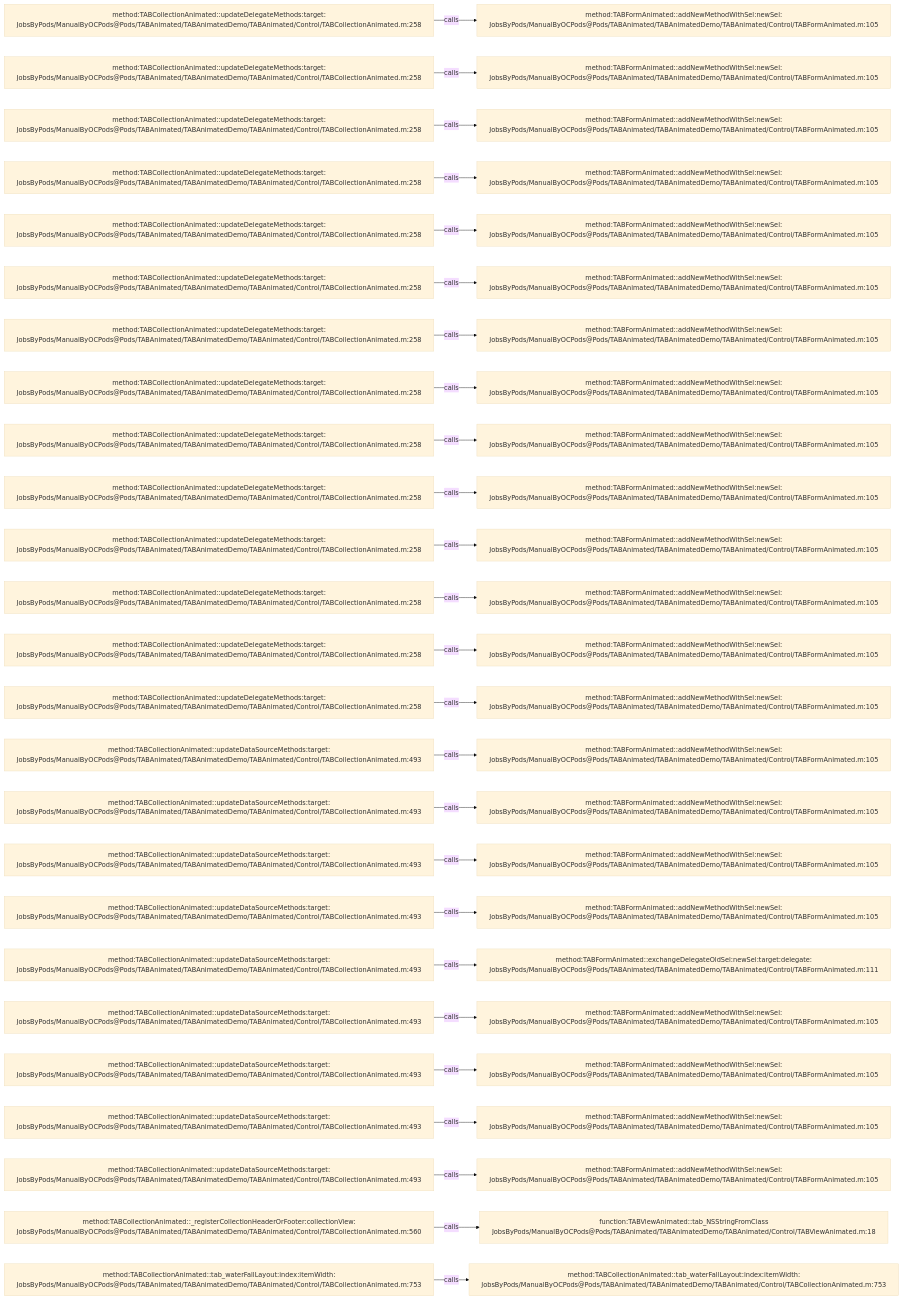
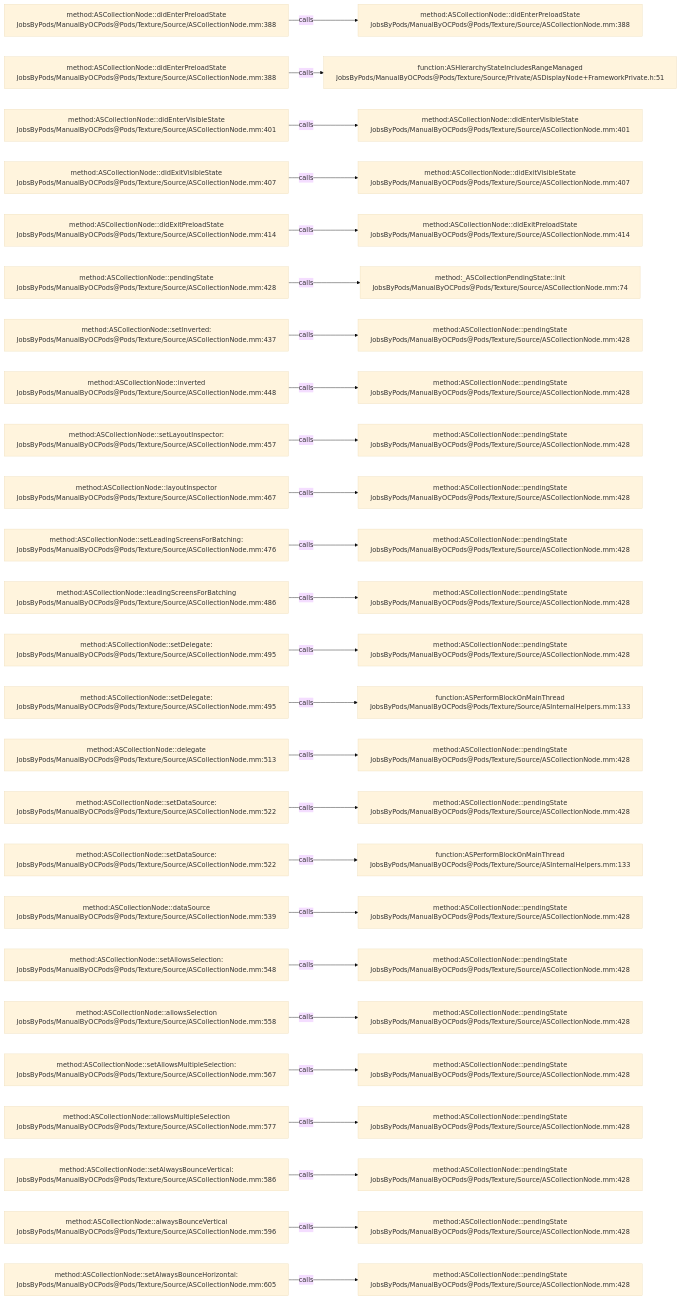
Before and after one commit to JobsKits/JobsOCBaseConfigDemo: the diagram in .codegraph/codegraph.md/graphs/calls-186.md, drawn with Mermaid (base theme). The commit also changed 573 other files, not shown here.

````diff
--- a/.codegraph/codegraph.md/graphs/calls-186.md
+++ b/.codegraph/codegraph.md/graphs/calls-186.md
@@ -13,78 +13,78 @@
 ```mermaid
 flowchart LR
-  S1["method:TABCollectionAnimated::updateDelegateMethods:target:<br/>JobsByPods/ManualByOCPods@Pods/TABAnimated/TABAnimatedDemo/TABAnimated/Control/TABCollectionAnimated.m:258"]
-  T1["method:TABFormAnimated::addNewMethodWithSel:newSel:<br/>JobsByPods/ManualByOCPods@Pods/TABAnimated/TABAnimatedDemo/TABAnimated/Control/TABFormAnimated.m:105"]
+  S1["method:ASCollectionNode::didEnterPreloadState<br/>JobsByPods/ManualByOCPods@Pods/Texture/Source/ASCollectionNode.mm:388"]
+  T1["method:ASCollectionNode::didEnterPreloadState<br/>JobsByPods/ManualByOCPods@Pods/Texture/Source/ASCollectionNode.mm:388"]
   S1 -->|calls| T1
-  S2["method:TABCollectionAnimated::updateDelegateMethods:target:<br/>JobsByPods/ManualByOCPods@Pods/TABAnimated/TABAnimatedDemo/TABAnimated/Control/TABCollectionAnimated.m:258"]
-  T2["method:TABFormAnimated::addNewMethodWithSel:newSel:<br/>JobsByPods/ManualByOCPods@Pods/TABAnimated/TABAnimatedDemo/TABAnimated/Control/TABFormAnimated.m:105"]
+  S2["method:ASCollectionNode::didEnterPreloadState<br/>JobsByPods/ManualByOCPods@Pods/Texture/Source/ASCollectionNode.mm:388"]
+  T2["function:ASHierarchyStateIncludesRangeManaged<br/>JobsByPods/ManualByOCPods@Pods/Texture/Source/Private/ASDisplayNode+FrameworkPrivate.h:51"]
   S2 -->|calls| T2
-  S3["method:TABCollectionAnimated::updateDelegateMethods:target:<br/>JobsByPods/ManualByOCPods@Pods/TABAnimated/TABAnimatedDemo/TABAnimated/Control/TABCollectionAnimated.m:258"]
-  T3["method:TABFormAnimated::addNewMethodWithSel:newSel:<br/>JobsByPods/ManualByOCPods@Pods/TABAnimated/TABAnimatedDemo/TABAnimated/Control/TABFormAnimated.m:105"]
+  S3["method:ASCollectionNode::didEnterVisibleState<br/>JobsByPods/ManualByOCPods@Pods/Texture/Source/ASCollectionNode.mm:401"]
+  T3["method:ASCollectionNode::didEnterVisibleState<br/>JobsByPods/ManualByOCPods@Pods/Texture/Source/ASCollectionNode.mm:401"]
   S3 -->|calls| T3
-  S4["method:TABCollectionAnimated::updateDelegateMethods:target:<br/>JobsByPods/ManualByOCPods@Pods/TABAnimated/TABAnimatedDemo/TABAnimated/Control/TABCollectionAnimated.m:258"]
-  T4["method:TABFormAnimated::addNewMethodWithSel:newSel:<br/>JobsByPods/ManualByOCPods@Pods/TABAnimated/TABAnimatedDemo/TABAnimated/Control/TABFormAnimated.m:105"]
+  S4["method:ASCollectionNode::didExitVisibleState<br/>JobsByPods/ManualByOCPods@Pods/Texture/Source/ASCollectionNode.mm:407"]
+  T4["method:ASCollectionNode::didExitVisibleState<br/>JobsByPods/ManualByOCPods@Pods/Texture/Source/ASCollectionNode.mm:407"]
   S4 -->|calls| T4
-  S5["method:TABCollectionAnimated::updateDelegateMethods:target:<br/>JobsByPods/ManualByOCPods@Pods/TABAnimated/TABAnimatedDemo/TABAnimated/Control/TABCollectionAnimated.m:258"]
-  T5["method:TABFormAnimated::addNewMethodWithSel:newSel:<br/>JobsByPods/ManualByOCPods@Pods/TABAnimated/TABAnimatedDemo/TABAnimated/Control/TABFormAnimated.m:105"]
+  S5["method:ASCollectionNode::didExitPreloadState<br/>JobsByPods/ManualByOCPods@Pods/Texture/Source/ASCollectionNode.mm:414"]
+  T5["method:ASCollectionNode::didExitPreloadState<br/>JobsByPods/ManualByOCPods@Pods/Texture/Source/ASCollectionNode.mm:414"]
   S5 -->|calls| T5
-  S6["method:TABCollectionAnimated::updateDelegateMethods:target:<br/>JobsByPods/ManualByOCPods@Pods/TABAnimated/TABAnimatedDemo/TABAnimated/Control/TABCollectionAnimated.m:258"]
-  T6["method:TABFormAnimated::addNewMethodWithSel:newSel:<br/>JobsByPods/ManualByOCPods@Pods/TABAnimated/TABAnimatedDemo/TABAnimated/Control/TABFormAnimated.m:105"]
+  S6["method:ASCollectionNode::pendingState<br/>JobsByPods/ManualByOCPods@Pods/Texture/Source/ASCollectionNode.mm:428"]
+  T6["method:_ASCollectionPendingState::init<br/>JobsByPods/ManualByOCPods@Pods/Texture/Source/ASCollectionNode.mm:74"]
   S6 -->|calls| T6
-  S7["method:TABCollectionAnimated::updateDelegateMethods:target:<br/>JobsByPods/ManualByOCPods@Pods/TABAnimated/TABAnimatedDemo/TABAnimated/Control/TABCollectionAnimated.m:258"]
-  T7["method:TABFormAnimated::addNewMethodWithSel:newSel:<br/>JobsByPods/ManualByOCPods@Pods/TABAnimated/TABAnimatedDemo/TABAnimated/Control/TABFormAnimated.m:105"]
+  S7["method:ASCollectionNode::setInverted:<br/>JobsByPods/ManualByOCPods@Pods/Texture/Source/ASCollectionNode.mm:437"]
+  T7["method:ASCollectionNode::pendingState<br/>JobsByPods/ManualByOCPods@Pods/Texture/Source/ASCollectionNode.mm:428"]
   S7 -->|calls| T7
-  S8["method:TABCollectionAnimated::updateDelegateMethods:target:<br/>JobsByPods/ManualByOCPods@Pods/TABAnimated/TABAnimatedDemo/TABAnimated/Control/TABCollectionAnimated.m:258"]
-  T8["method:TABFormAnimated::addNewMethodWithSel:newSel:<br/>JobsByPods/ManualByOCPods@Pods/TABAnimated/TABAnimatedDemo/TABAnimated/Control/TABFormAnimated.m:105"]
+  S8["method:ASCollectionNode::inverted<br/>JobsByPods/ManualByOCPods@Pods/Texture/Source/ASCollectionNode.mm:448"]
+  T8["method:ASCollectionNode::pendingState<br/>JobsByPods/ManualByOCPods@Pods/Texture/Source/ASCollectionNode.mm:428"]
   S8 -->|calls| T8
-  S9["method:TABCollectionAnimated::updateDelegateMethods:target:<br/>JobsByPods/ManualByOCPods@Pods/TABAnimated/TABAnimatedDemo/TABAnimated/Control/TABCollectionAnimated.m:258"]
-  T9["method:TABFormAnimated::addNewMethodWithSel:newSel:<br/>JobsByPods/ManualByOCPods@Pods/TABAnimated/TABAnimatedDemo/TABAnimated/Control/TABFormAnimated.m:105"]
+  S9["method:ASCollectionNode::setLayoutInspector:<br/>JobsByPods/ManualByOCPods@Pods/Texture/Source/ASCollectionNode.mm:457"]
+  T9["method:ASCollectionNode::pendingState<br/>JobsByPods/ManualByOCPods@Pods/Texture/Source/ASCollectionNode.mm:428"]
   S9 -->|calls| T9
-  S10["method:TABCollectionAnimated::updateDelegateMethods:target:<br/>JobsByPods/ManualByOCPods@Pods/TABAnimated/TABAnimatedDemo/TABAnimated/Control/TABCollectionAnimated.m:258"]
-  T10["method:TABFormAnimated::addNewMethodWithSel:newSel:<br/>JobsByPods/ManualByOCPods@Pods/TABAnimated/TABAnimatedDemo/TABAnimated/Control/TABFormAnimated.m:105"]
+  S10["method:ASCollectionNode::layoutInspector<br/>JobsByPods/ManualByOCPods@Pods/Texture/Source/ASCollectionNode.mm:467"]
+  T10["method:ASCollectionNode::pendingState<br/>JobsByPods/ManualByOCPods@Pods/Texture/Source/ASCollectionNode.mm:428"]
   S10 -->|calls| T10
-  S11["method:TABCollectionAnimated::updateDelegateMethods:target:<br/>JobsByPods/ManualByOCPods@Pods/TABAnimated/TABAnimatedDemo/TABAnimated/Control/TABCollectionAnimated.m:258"]
-  T11["method:TABFormAnimated::addNewMethodWithSel:newSel:<br/>JobsByPods/ManualByOCPods@Pods/TABAnimated/TABAnimatedDemo/TABAnimated/Control/TABFormAnimated.m:105"]
+  S11["method:ASCollectionNode::setLeadingScreensForBatching:<br/>JobsByPods/ManualByOCPods@Pods/Texture/Source/ASCollectionNode.mm:476"]
+  T11["method:ASCollectionNode::pendingState<br/>JobsByPods/ManualByOCPods@Pods/Texture/Source/ASCollectionNode.mm:428"]
   S11 -->|calls| T11
-  S12["method:TABCollectionAnimated::updateDelegateMethods:target:<br/>JobsByPods/ManualByOCPods@Pods/TABAnimated/TABAnimatedDemo/TABAnimated/Control/TABCollectionAnimated.m:258"]
-  T12["method:TABFormAnimated::addNewMethodWithSel:newSel:<br/>JobsByPods/ManualByOCPods@Pods/TABAnimated/TABAnimatedDemo/TABAnimated/Control/TABFormAnimated.m:105"]
+  S12["method:ASCollectionNode::leadingScreensForBatching<br/>JobsByPods/ManualByOCPods@Pods/Texture/Source/ASCollectionNode.mm:486"]
+  T12["method:ASCollectionNode::pendingState<br/>JobsByPods/ManualByOCPods@Pods/Texture/Source/ASCollectionNode.mm:428"]
   S12 -->|calls| T12
-  S13["method:TABCollectionAnimated::updateDelegateMethods:target:<br/>JobsByPods/ManualByOCPods@Pods/TABAnimated/TABAnimatedDemo/TABAnimated/Control/TABCollectionAnimated.m:258"]
-  T13["method:TABFormAnimated::addNewMethodWithSel:newSel:<br/>JobsByPods/ManualByOCPods@Pods/TABAnimated/TABAnimatedDemo/TABAnimated/Control/TABFormAnimated.m:105"]
+  S13["method:ASCollectionNode::setDelegate:<br/>JobsByPods/ManualByOCPods@Pods/Texture/Source/ASCollectionNode.mm:495"]
+  T13["method:ASCollectionNode::pendingState<br/>JobsByPods/ManualByOCPods@Pods/Texture/Source/ASCollectionNode.mm:428"]
   S13 -->|calls| T13
-  S14["method:TABCollectionAnimated::updateDelegateMethods:target:<br/>JobsByPods/ManualByOCPods@Pods/TABAnimated/TABAnimatedDemo/TABAnimated/Control/TABCollectionAnimated.m:258"]
-  T14["method:TABFormAnimated::addNewMethodWithSel:newSel:<br/>JobsByPods/ManualByOCPods@Pods/TABAnimated/TABAnimatedDemo/TABAnimated/Control/TABFormAnimated.m:105"]
+  S14["method:ASCollectionNode::setDelegate:<br/>JobsByPods/ManualByOCPods@Pods/Texture/Source/ASCollectionNode.mm:495"]
+  T14["function:ASPerformBlockOnMainThread<br/>JobsByPods/ManualByOCPods@Pods/Texture/Source/ASInternalHelpers.mm:133"]
   S14 -->|calls| T14
-  S15["method:TABCollectionAnimated::updateDataSourceMethods:target:<br/>JobsByPods/ManualByOCPods@Pods/TABAnimated/TABAnimatedDemo/TABAnimated/Control/TABCollectionAnimated.m:493"]
-  T15["method:TABFormAnimated::addNewMethodWithSel:newSel:<br/>JobsByPods/ManualByOCPods@Pods/TABAnimated/TABAnimatedDemo/TABAnimated/Control/TABFormAnimated.m:105"]
+  S15["method:ASCollectionNode::delegate<br/>JobsByPods/ManualByOCPods@Pods/Texture/Source/ASCollectionNode.mm:513"]
+  T15["method:ASCollectionNode::pendingState<br/>JobsByPods/ManualByOCPods@Pods/Texture/Source/ASCollectionNode.mm:428"]
   S15 -->|calls| T15
-  S16["method:TABCollectionAnimated::updateDataSourceMethods:target:<br/>JobsByPods/ManualByOCPods@Pods/TABAnimated/TABAnimatedDemo/TABAnimated/Control/TABCollectionAnimated.m:493"]
-  T16["method:TABFormAnimated::addNewMethodWithSel:newSel:<br/>JobsByPods/ManualByOCPods@Pods/TABAnimated/TABAnimatedDemo/TABAnimated/Control/TABFormAnimated.m:105"]
+  S16["method:ASCollectionNode::setDataSource:<br/>JobsByPods/ManualByOCPods@Pods/Texture/Source/ASCollectionNode.mm:522"]
+  T16["method:ASCollectionNode::pendingState<br/>JobsByPods/ManualByOCPods@Pods/Texture/Source/ASCollectionNode.mm:428"]
   S16 -->|calls| T16
-  S17["method:TABCollectionAnimated::updateDataSourceMethods:target:<br/>JobsByPods/ManualByOCPods@Pods/TABAnimated/TABAnimatedDemo/TABAnimated/Control/TABCollectionAnimated.m:493"]
-  T17["method:TABFormAnimated::addNewMethodWithSel:newSel:<br/>JobsByPods/ManualByOCPods@Pods/TABAnimated/TABAnimatedDemo/TABAnimated/Control/TABFormAnimated.m:105"]
+  S17["method:ASCollectionNode::setDataSource:<br/>JobsByPods/ManualByOCPods@Pods/Texture/Source/ASCollectionNode.mm:522"]
+  T17["function:ASPerformBlockOnMainThread<br/>JobsByPods/ManualByOCPods@Pods/Texture/Source/ASInternalHelpers.mm:133"]
   S17 -->|calls| T17
-  S18["method:TABCollectionAnimated::updateDataSourceMethods:target:<br/>JobsByPods/ManualByOCPods@Pods/TABAnimated/TABAnimatedDemo/TABAnimated/Control/TABCollectionAnimated.m:493"]
-  T18["method:TABFormAnimated::addNewMethodWithSel:newSel:<br/>JobsByPods/ManualByOCPods@Pods/TABAnimated/TABAnimatedDemo/TABAnimated/Control/TABFormAnimated.m:105"]
+  S18["method:ASCollectionNode::dataSource<br/>JobsByPods/ManualByOCPods@Pods/Texture/Source/ASCollectionNode.mm:539"]
+  T18["method:ASCollectionNode::pendingState<br/>JobsByPods/ManualByOCPods@Pods/Texture/Source/ASCollectionNode.mm:428"]
   S18 -->|calls| T18
-  S19["method:TABCollectionAnimated::updateDataSourceMethods:target:<br/>JobsByPods/ManualByOCPods@Pods/TABAnimated/TABAnimatedDemo/TABAnimated/Control/TABCollectionAnimated.m:493"]
-  T19["method:TABFormAnimated::exchangeDelegateOldSel:newSel:target:delegate:<br/>JobsByPods/ManualByOCPods@Pods/TABAnimated/TABAnimatedDemo/TABAnimated/Control/TABFormAnimated.m:111"]
+  S19["method:ASCollectionNode::setAllowsSelection:<br/>JobsByPods/ManualByOCPods@Pods/Texture/Source/ASCollectionNode.mm:548"]
+  T19["method:ASCollectionNode::pendingState<br/>JobsByPods/ManualByOCPods@Pods/Texture/Source/ASCollectionNode.mm:428"]
   S19 -->|calls| T19
-  S20["method:TABCollectionAnimated::updateDataSourceMethods:target:<br/>JobsByPods/ManualByOCPods@Pods/TABAnimated/TABAnimatedDemo/TABAnimated/Control/TABCollectionAnimated.m:493"]
-  T20["method:TABFormAnimated::addNewMethodWithSel:newSel:<br/>JobsByPods/ManualByOCPods@Pods/TABAnimated/TABAnimatedDemo/TABAnimated/Control/TABFormAnimated.m:105"]
+  S20["method:ASCollectionNode::allowsSelection<br/>JobsByPods/ManualByOCPods@Pods/Texture/Source/ASCollectionNode.mm:558"]
+  T20["method:ASCollectionNode::pendingState<br/>JobsByPods/ManualByOCPods@Pods/Texture/Source/ASCollectionNode.mm:428"]
   S20 -->|calls| T20
-  S21["method:TABCollectionAnimated::updateDataSourceMethods:target:<br/>JobsByPods/ManualByOCPods@Pods/TABAnimated/TABAnimatedDemo/TABAnimated/Control/TABCollectionAnimated.m:493"]
-  T21["method:TABFormAnimated::addNewMethodWithSel:newSel:<br/>JobsByPods/ManualByOCPods@Pods/TABAnimated/TABAnimatedDemo/TABAnimated/Control/TABFormAnimated.m:105"]
+  S21["method:ASCollectionNode::setAllowsMultipleSelection:<br/>JobsByPods/ManualByOCPods@Pods/Texture/Source/ASCollectionNode.mm:567"]
+  T21["method:ASCollectionNode::pendingState<br/>JobsByPods/ManualByOCPods@Pods/Texture/Source/ASCollectionNode.mm:428"]
   S21 -->|calls| T21
-  S22["method:TABCollectionAnimated::updateDataSourceMethods:target:<br/>JobsByPods/ManualByOCPods@Pods/TABAnimated/TABAnimatedDemo/TABAnimated/Control/TABCollectionAnimated.m:493"]
-  T22["method:TABFormAnimated::addNewMethodWithSel:newSel:<br/>JobsByPods/ManualByOCPods@Pods/TABAnimated/TABAnimatedDemo/TABAnimated/Control/TABFormAnimated.m:105"]
+  S22["method:ASCollectionNode::allowsMultipleSelection<br/>JobsByPods/ManualByOCPods@Pods/Texture/Source/ASCollectionNode.mm:577"]
+  T22["method:ASCollectionNode::pendingState<br/>JobsByPods/ManualByOCPods@Pods/Texture/Source/ASCollectionNode.mm:428"]
   S22 -->|calls| T22
-  S23["method:TABCollectionAnimated::updateDataSourceMethods:target:<br/>JobsByPods/ManualByOCPods@Pods/TABAnimated/TABAnimatedDemo/TABAnimated/Control/TABCollectionAnimated.m:493"]
-  T23["method:TABFormAnimated::addNewMethodWithSel:newSel:<br/>JobsByPods/ManualByOCPods@Pods/TABAnimated/TABAnimatedDemo/TABAnimated/Control/TABFormAnimated.m:105"]
+  S23["method:ASCollectionNode::setAlwaysBounceVertical:<br/>JobsByPods/ManualByOCPods@Pods/Texture/Source/ASCollectionNode.mm:586"]
+  T23["method:ASCollectionNode::pendingState<br/>JobsByPods/ManualByOCPods@Pods/Texture/Source/ASCollectionNode.mm:428"]
   S23 -->|calls| T23
-  S24["method:TABCollectionAnimated::_registerCollectionHeaderOrFooter:collectionView:<br/>JobsByPods/ManualByOCPods@Pods/TABAnimated/TABAnimatedDemo/TABAnimated/Control/TABCollectionAnimated.m:560"]
-  T24["function:TABViewAnimated::tab_NSStringFromClass<br/>JobsByPods/ManualByOCPods@Pods/TABAnimated/TABAnimatedDemo/TABAnimated/Control/TABViewAnimated.m:18"]
+  S24["method:ASCollectionNode::alwaysBounceVertical<br/>JobsByPods/ManualByOCPods@Pods/Texture/Source/ASCollectionNode.mm:596"]
+  T24["method:ASCollectionNode::pendingState<br/>JobsByPods/ManualByOCPods@Pods/Texture/Source/ASCollectionNode.mm:428"]
   S24 -->|calls| T24
-  S25["method:TABCollectionAnimated::tab_waterFallLayout:index:itemWidth:<br/>JobsByPods/ManualByOCPods@Pods/TABAnimated/TABAnimatedDemo/TABAnimated/Control/TABCollectionAnimated.m:753"]
-  T25["method:TABCollectionAnimated::tab_waterFallLayout:index:itemWidth:<br/>JobsByPods/ManualByOCPods@Pods/TABAnimated/TABAnimatedDemo/TABAnimated/Control/TABCollectionAnimated.m:753"]
+  S25["method:ASCollectionNode::setAlwaysBounceHorizontal:<br/>JobsByPods/ManualByOCPods@Pods/Texture/Source/ASCollectionNode.mm:605"]
+  T25["method:ASCollectionNode::pendingState<br/>JobsByPods/ManualByOCPods@Pods/Texture/Source/ASCollectionNode.mm:428"]
   S25 -->|calls| T25
 ```
````
